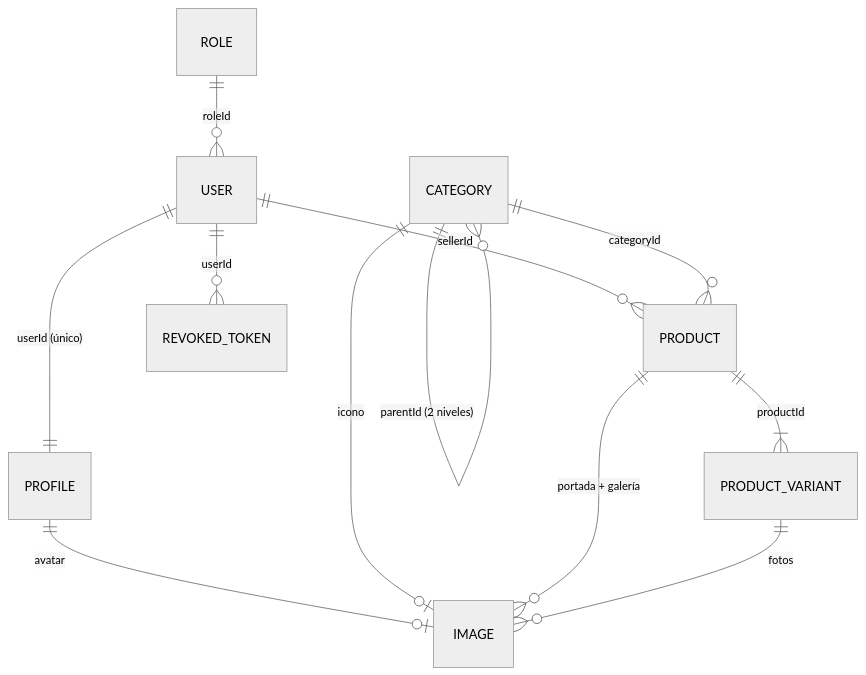
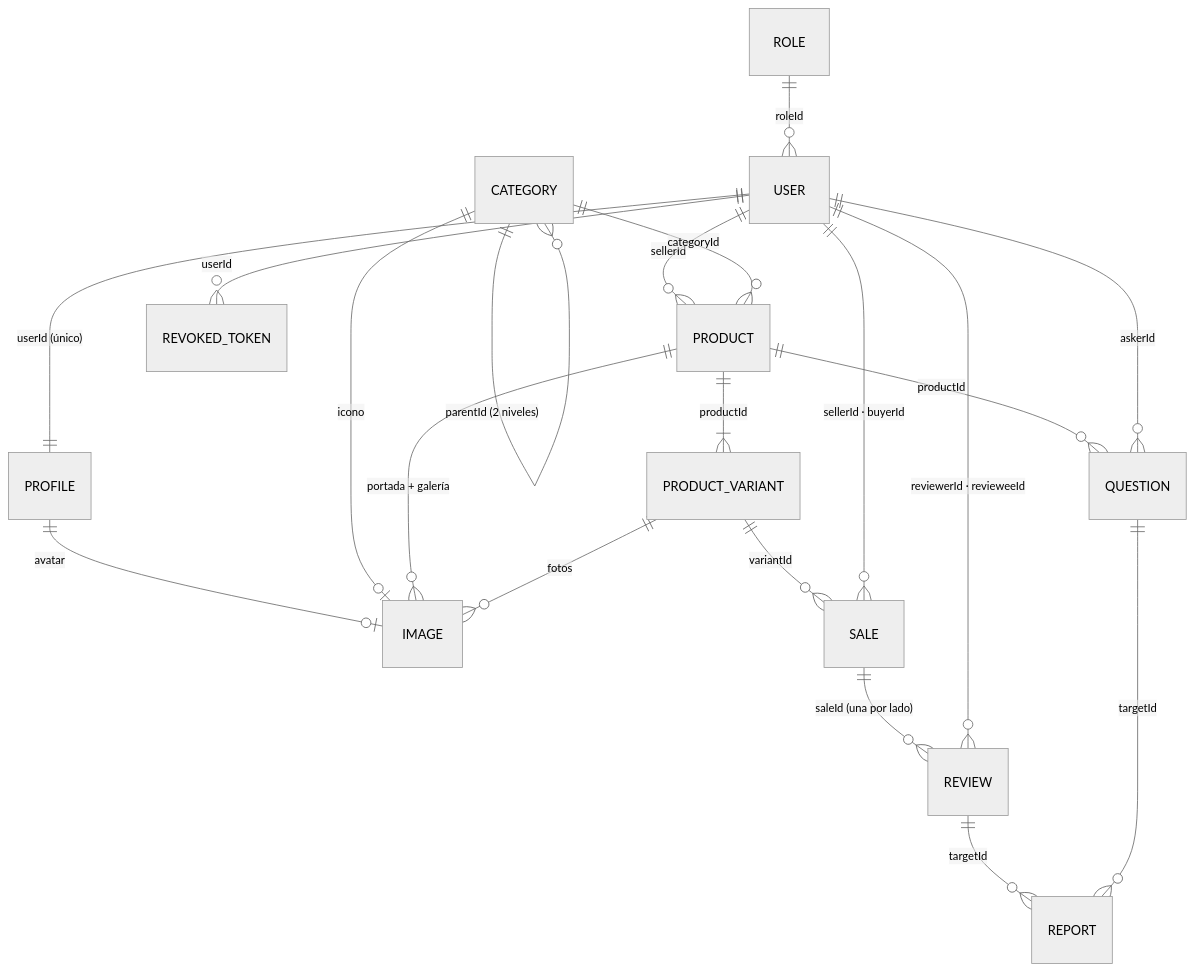
The fourth of 4 diagrams in secondhand-api/README.md (Yonderus/ReviShop-Tienda-Segunda-Mano), drawn with Mermaid (neutral theme) before and after one commit. The commit also changed other lines of this file and 5 other files, not shown here.

````diff
--- a/secondhand-api/README.md
+++ b/secondhand-api/README.md
@@ -371,14 +478,22 @@
 ```mermaid
 erDiagram
     ROLE ||--o{ USER : "roleId"
     USER ||--|| PROFILE : "userId (único)"
     USER ||--o{ PRODUCT : "sellerId"
     USER ||--o{ REVOKED_TOKEN : "userId"
     CATEGORY ||--o{ CATEGORY : "parentId (2 niveles)"
     CATEGORY ||--o{ PRODUCT : "categoryId"
     PRODUCT ||--|{ PRODUCT_VARIANT : "productId"
     PROFILE ||--o| IMAGE : "avatar"
     CATEGORY ||--o| IMAGE : "icono"
     PRODUCT ||--o{ IMAGE : "portada + galería"
     PRODUCT_VARIANT ||--o{ IMAGE : "fotos"
+    PRODUCT_VARIANT ||--o{ SALE : "variantId"
+    USER ||--o{ SALE : "sellerId · buyerId"
+    SALE ||--o{ REVIEW : "saleId (una por lado)"
+    USER ||--o{ REVIEW : "reviewerId · revieweeId"
+    PRODUCT ||--o{ QUESTION : "productId"
+    USER ||--o{ QUESTION : "askerId"
+    REVIEW ||--o{ REPORT : "targetId"
+    QUESTION ||--o{ REPORT : "targetId"
 ```
````
